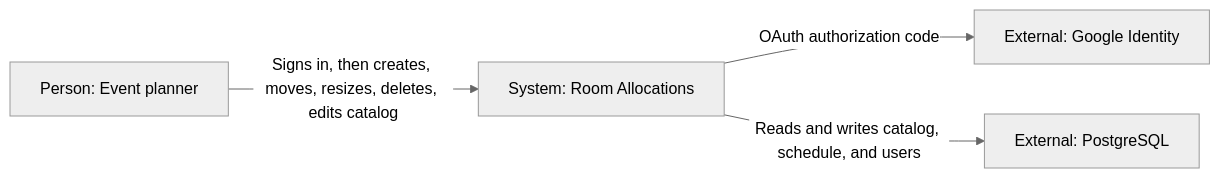
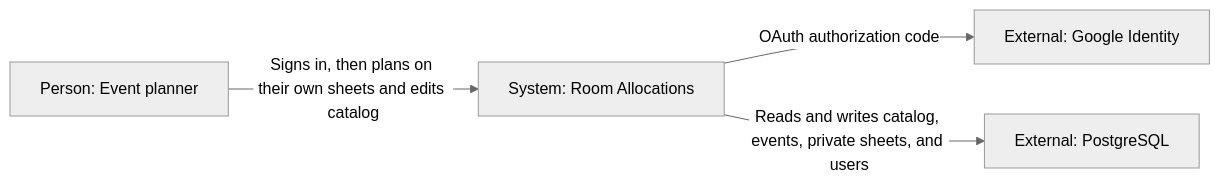
The diagram in docs/c4/context.md (tri2k/room-allocations-demo), drawn with Mermaid before and after one commit. The commit also changed other lines of this file and 33 other files, not shown here.

First line of the commit message:
feat: add private allocation sheets (#6)

````diff
--- a/docs/c4/context.md
+++ b/docs/c4/context.md
@@ -5,11 +5,11 @@
 ```mermaid
 %%{init: {"theme": "neutral"}}%%
 flowchart LR
   planner["Person: Event planner"]
   google["External: Google Identity"]
   app["System: Room Allocations"]
   postgres["External: PostgreSQL"]
-  planner -->|"Signs in, then creates, moves, resizes, deletes, edits catalog"| app
+  planner -->|"Signs in, then plans on their own sheets and edits catalog"| app
   app -->|"OAuth authorization code"| google
-  app -->|"Reads and writes catalog, schedule, and users"| postgres
+  app -->|"Reads and writes catalog, events, private sheets, and users"| postgres
 ```
````
